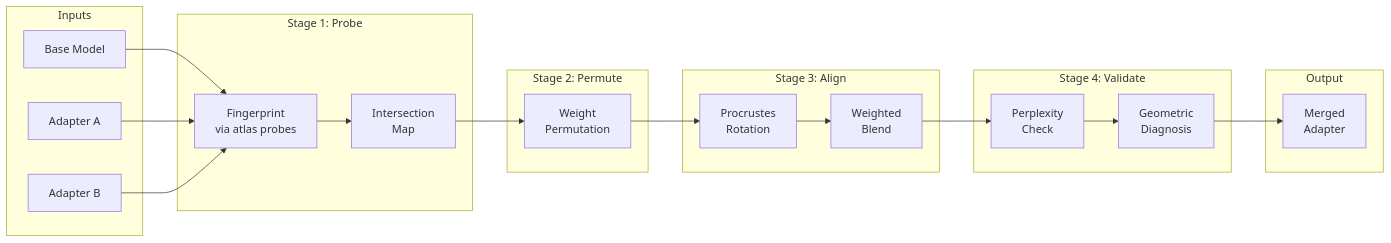
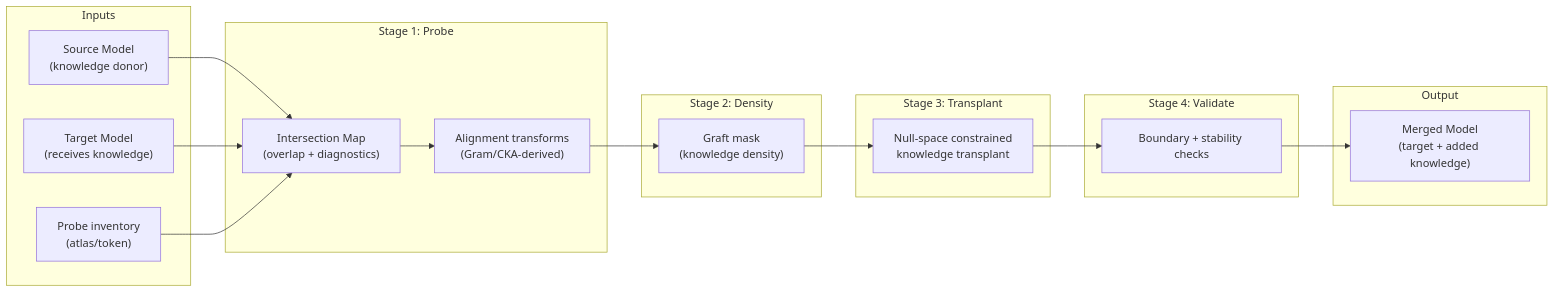
One commit to Ethyros-AI/ModelCypher changed the fourth of 4 diagrams in docs/ARCHITECTURE.md. Above: the diagram before and after it, drawn with Mermaid. The commit also changed other lines of this file and 25 other files, not shown here.

````diff
--- a/docs/ARCHITECTURE.md
+++ b/docs/ARCHITECTURE.md
@@ -209,43 +206,39 @@
 ```mermaid
 flowchart LR
     subgraph INPUT["Inputs"]
-        BASE["Base Model"]
-        ADP1["Adapter A"]
-        ADP2["Adapter B"]
+        SRC["Source Model<br/>(knowledge donor)"]
+        TGT["Target Model<br/>(receives knowledge)"]
+        PROBES["Probe inventory<br/>(atlas/token)"]
     end
 
     subgraph STAGE1["Stage 1: Probe"]
-        FP["Fingerprint<br/>via atlas probes"]
-        IM["Intersection<br/>Map"]
+        IM["Intersection Map<br/>(overlap + diagnostics)"]
+        XFORM["Alignment transforms<br/>(Gram/CKA-derived)"]
     end
 
-    subgraph STAGE2["Stage 2: Permute"]
-        PERM["Weight<br/>Permutation"]
+    subgraph STAGE2["Stage 2: Density"]
+        MASK["Graft mask<br/>(knowledge density)"]
     end
 
-    subgraph STAGE3["Stage 3: Align"]
-        ROT["Procrustes<br/>Rotation"]
-        BLEND["Weighted<br/>Blend"]
+    subgraph STAGE3["Stage 3: Transplant"]
+        TX["Null-space constrained<br/>knowledge transplant"]
     end
 
     subgraph STAGE4["Stage 4: Validate"]
-        PPL["Perplexity<br/>Check"]
-        DIAG["Geometric<br/>Diagnosis"]
+        CHECKS["Boundary + stability checks"]
     end
 
     subgraph OUTPUT["Output"]
-        MERGED["Merged<br/>Adapter"]
+        MERGED["Merged Model<br/>(target + added knowledge)"]
     end
 
-    BASE --> FP
-    ADP1 --> FP
-    ADP2 --> FP
+    SRC --> IM
+    TGT --> IM
+    PROBES --> IM
 
-    FP --> IM
-    IM --> PERM
-    PERM --> ROT
-    ROT --> BLEND
-    BLEND --> PPL
-    PPL --> DIAG
-    DIAG --> MERGED
+    IM --> XFORM
+    XFORM --> MASK
+    MASK --> TX
+    TX --> CHECKS
+    CHECKS --> MERGED
 ```
````
